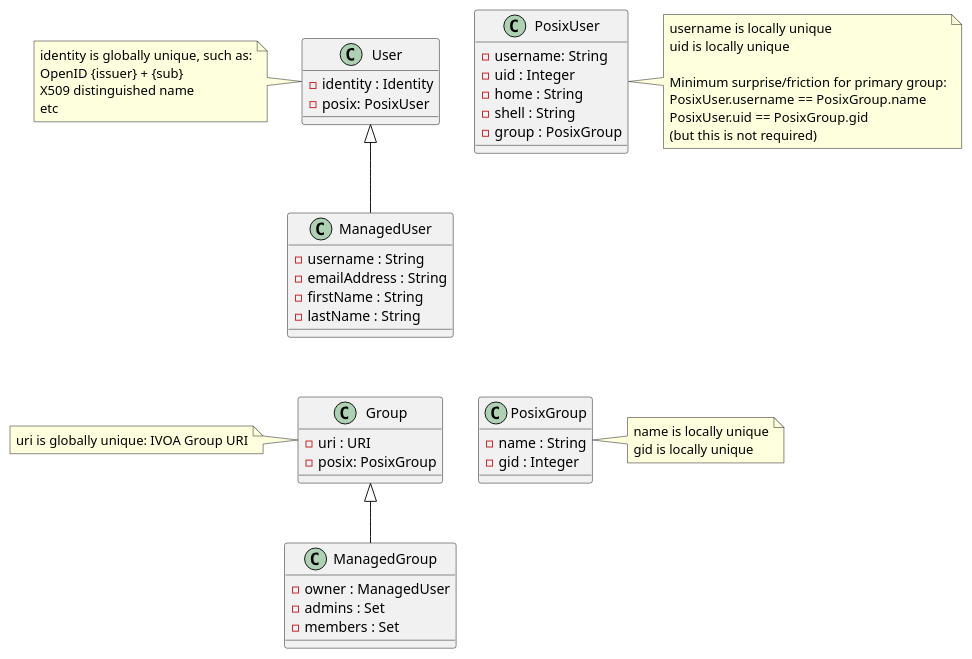
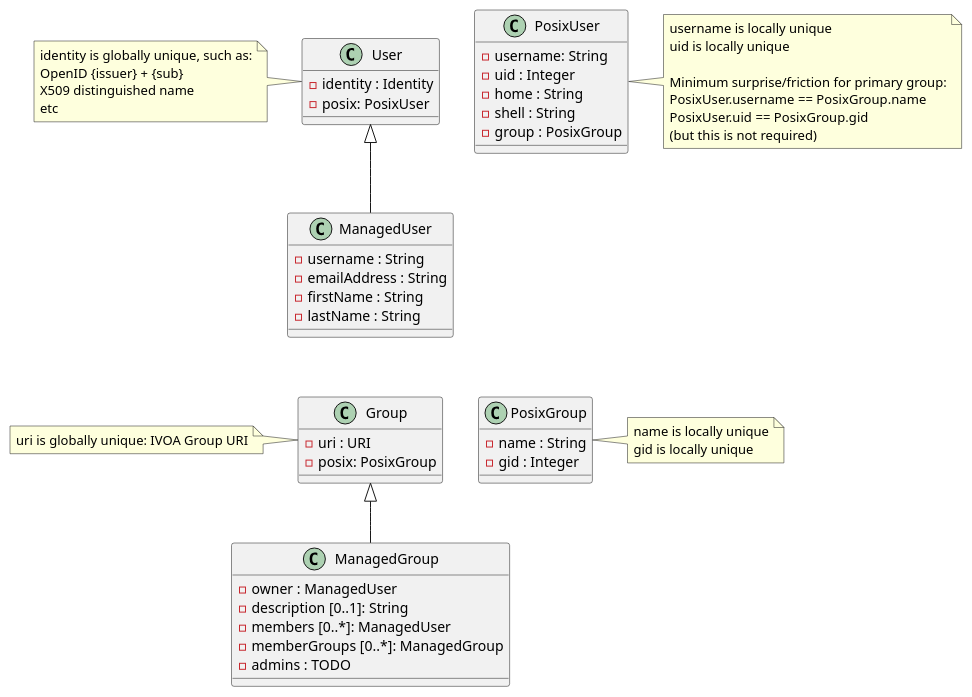
The diagram in PM/posix-details.puml (pdowler/ac), drawn with PlantUML before and after one commit. The commit also changed 1 other file, not shown here.

Commit message:
augmented ManagedGroup

```diff
--- a/PM/posix-details.puml
+++ b/PM/posix-details.puml
@@ -1,68 +1,70 @@
 @startuml
 
 top to bottom direction
 
 class PosixUser {
   - username: String
   - uid : Integer
   - home : String
   - shell : String
   - group : PosixGroup
 }
 PosixUser -l[hidden]-> User
 note right of PosixUser
   username is locally unique
   uid is locally unique
   
   Minimum surprise/friction for primary group:
   PosixUser.username == PosixGroup.name
   PosixUser.uid == PosixGroup.gid
   (but this is not required)
 end note
 
 class PosixGroup {
   - name : String
   - gid : Integer
 }
 PosixGroup -l[hidden]-> Group
 note right of PosixGroup
   name is locally unique
   gid is locally unique
 end note
 
 class User {
   - identity : Identity
   - posix: PosixUser
 }
 note left of User
   identity is globally unique, such as:
   OpenID {issuer} + {sub}
   X509 distinguished name
   etc
 end note
 
 class ManagedUser {
   - username : String
   - emailAddress : String
   - firstName : String
   - lastName : String
 }
 User <|-- ManagedUser
 
 class Group {
   - uri : URI
   - posix: PosixGroup
 }
 Group -u[hidden]-> ManagedUser
 note left of Group
   uri is globally unique: IVOA Group URI
 end note
 
 class ManagedGroup {
   - owner : ManagedUser
-  - admins : Set
-  - members : Set
+  - description [0..1]: String
+  - members [0..*]: ManagedUser
+  - memberGroups [0..*]: ManagedGroup
+  - admins : TODO
 }
 Group <|-- ManagedGroup
 
 @enduml
```
